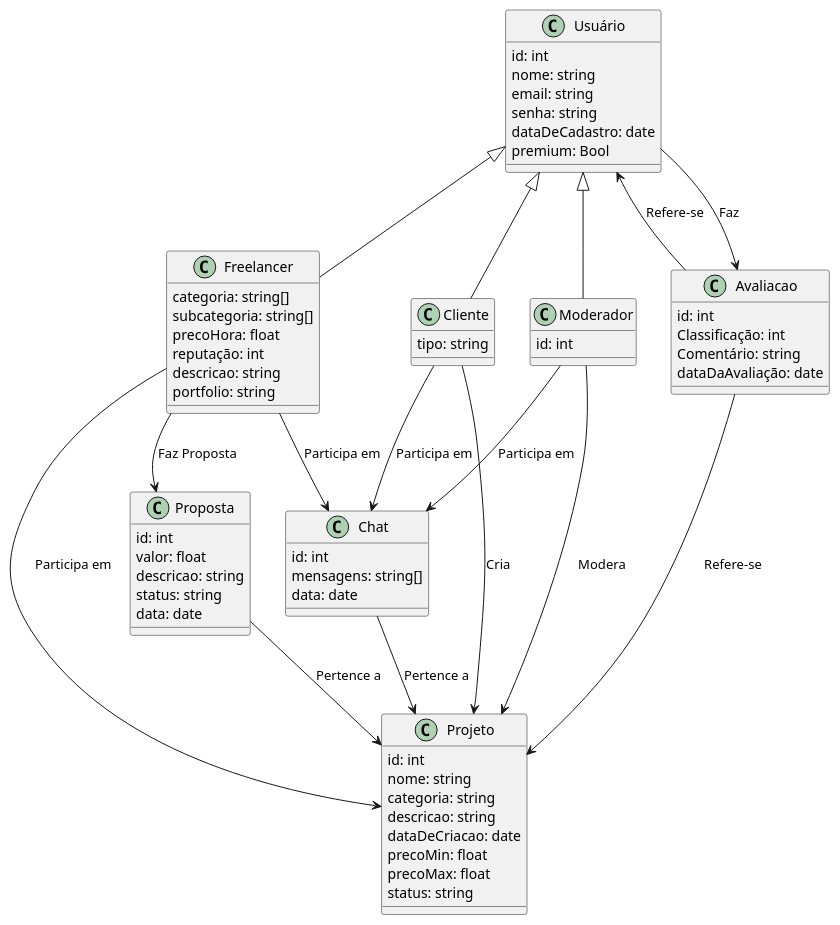
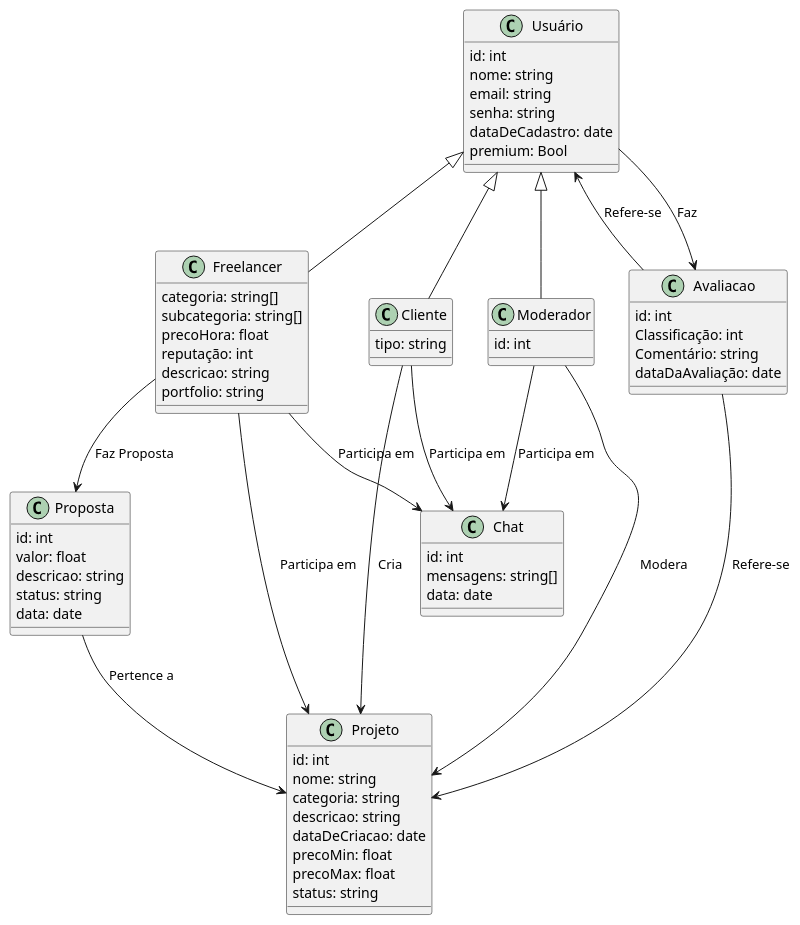
Before and after one commit to LucasNeiva/Eng-Software-II: the diagram in docs/modelo_conceitual.puml, drawn with PlantUML. The commit also changed 1 other file, not shown here.

```diff
--- a/docs/modelo_conceitual.puml
+++ b/docs/modelo_conceitual.puml
@@ -1,88 +1,87 @@
 @startuml Conceitual
 
 class Usuário {
 
 id: int
 nome: string
 email: string
 senha: string
 dataDeCadastro: date
 premium: Bool
 }
 
 class Freelancer {
 
 categoria: string[]
 subcategoria: string[]
 precoHora: float
 reputação: int
 descricao: string
 portfolio: string
 }
 
 class Cliente {
 
 tipo: string
 }
 
 class Moderador {
 
 id: int
 }
 
 class Proposta {
 
 id: int
 valor: float
 descricao: string
 status: string
 data: date
 }
 
 class Projeto {
 
 id: int
 nome: string
 categoria: string
 descricao: string
 dataDeCriacao: date
 precoMin: float
 precoMax: float
 status: string
 }
 
 class Chat {
 
 id: int
 mensagens: string[]
 data: date
 }
 
 class Avaliacao {
 
 id: int
 Classificação: int
 Comentário: string
 dataDaAvaliação: date
 }
 
 Usuário <|-- Moderador
 Usuário <|-- Cliente
 Usuário <|-- Freelancer
 
 
 Avaliacao --> Usuário : Refere-se
 Avaliacao --> Projeto: Refere-se
 
 Usuário --> Avaliacao: Faz
 Proposta --> Projeto: Pertence a
 Freelancer --> Proposta: Faz Proposta
 Freelancer --> Projeto: Participa em
 Cliente --> Projeto: Cria
-Chat --> Projeto: Pertence a
 Moderador --> Projeto: Modera
 Freelancer --> Chat: Participa em
 Cliente --> Chat: Participa em
 Moderador --> Chat: Participa em
 
 @enduml
```
